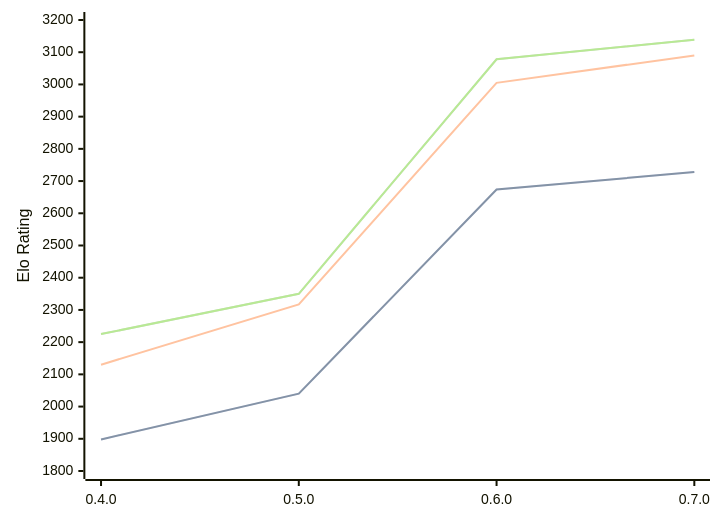
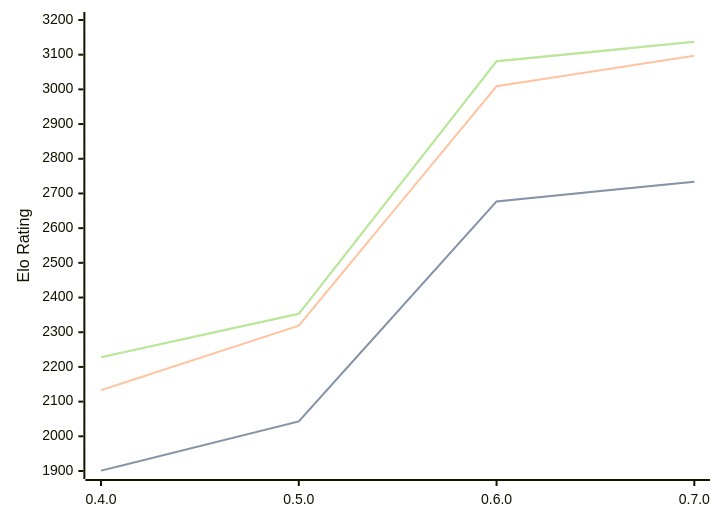
Before and after one commit to computer-chess-index/cci: the diagram in engines/AteNika.md, drawn with Mermaid. The commit also changed other lines of this file, not shown here.

Commit message:
Update CCI Ratings (ELO VLTC) - 2026-09-24

````diff
--- a/engines/AteNika.md
+++ b/engines/AteNika.md
@@ -34,11 +34,11 @@
 ```mermaid
 %%{init: {"theme":"base","themeVariables":{"seriesColors:['#a3a3a3','#222221','#faa371']}}}%%
 xychart-beta
   x-axis ["0.4.0", "0.5.0", "0.6.0", "0.7.0"]
-  y-axis "Elo Rating" 1800 --> 3200
-  line "" [1898, 2040, 2674, 2728]
-  line "STC (8.0+0.08s)" [1898, 2040, 2674, 2728]
-  line "LTC (60.0+0.60s)" [2130, 2317, 3005, 3090]
-  line "" [2225, 2350, 3078, 3139]
-  line "VLTC (2m24s+1.12s)" [2225, 2350, 3078, 3139]
+  y-axis "Elo Rating" 1900 --> 3200
+  line "" [1901, 2043, 2677, 2734]
+  line "STC (8.0+0.08s)" [1901, 2043, 2677, 2734]
+  line "LTC (60.0+0.60s)" [2133, 2319, 3009, 3097]
+  line "" [2228, 2353, 3081, 3137]
+  line "VLTC (2m24s+1.12s)" [2228, 2353, 3081, 3137]
 ```
````
